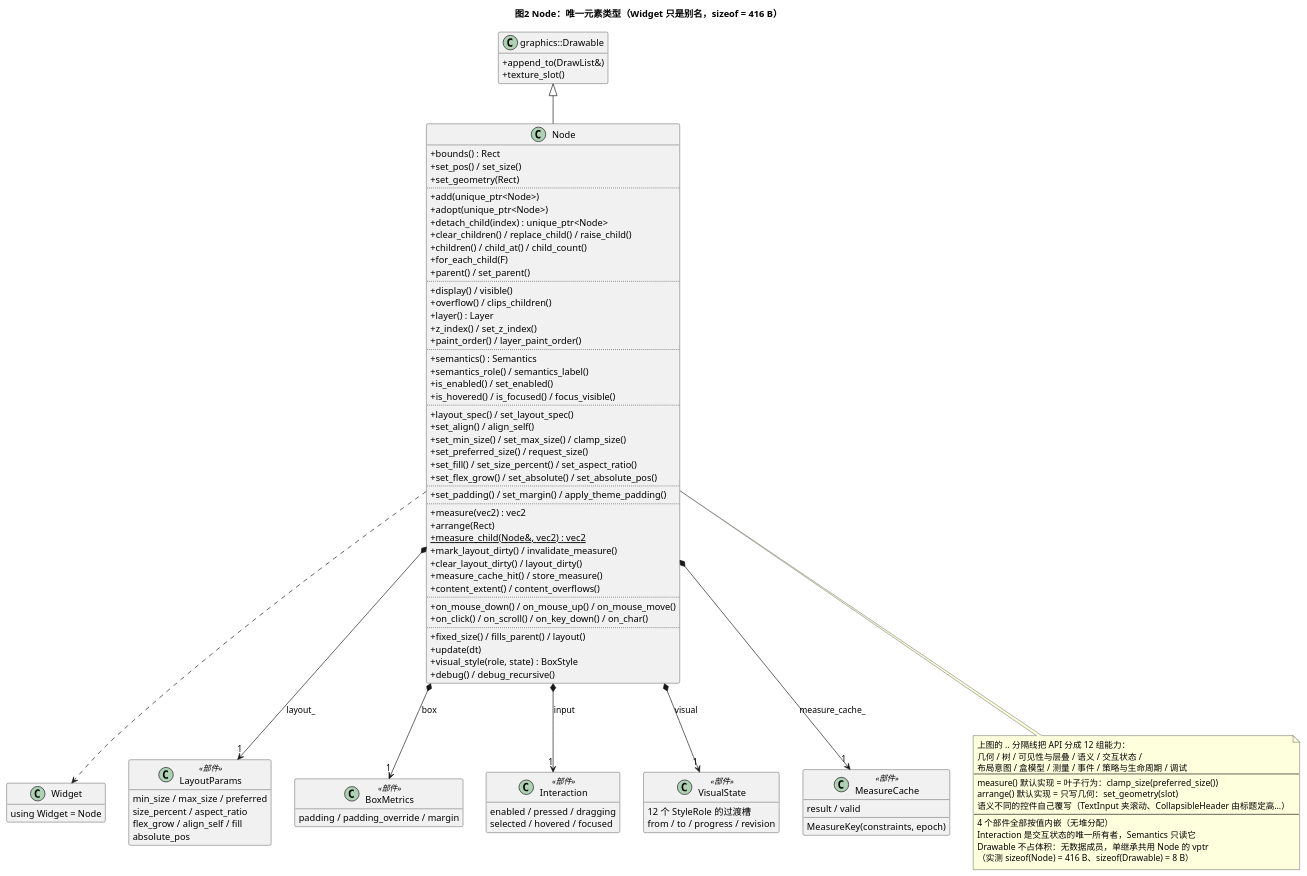
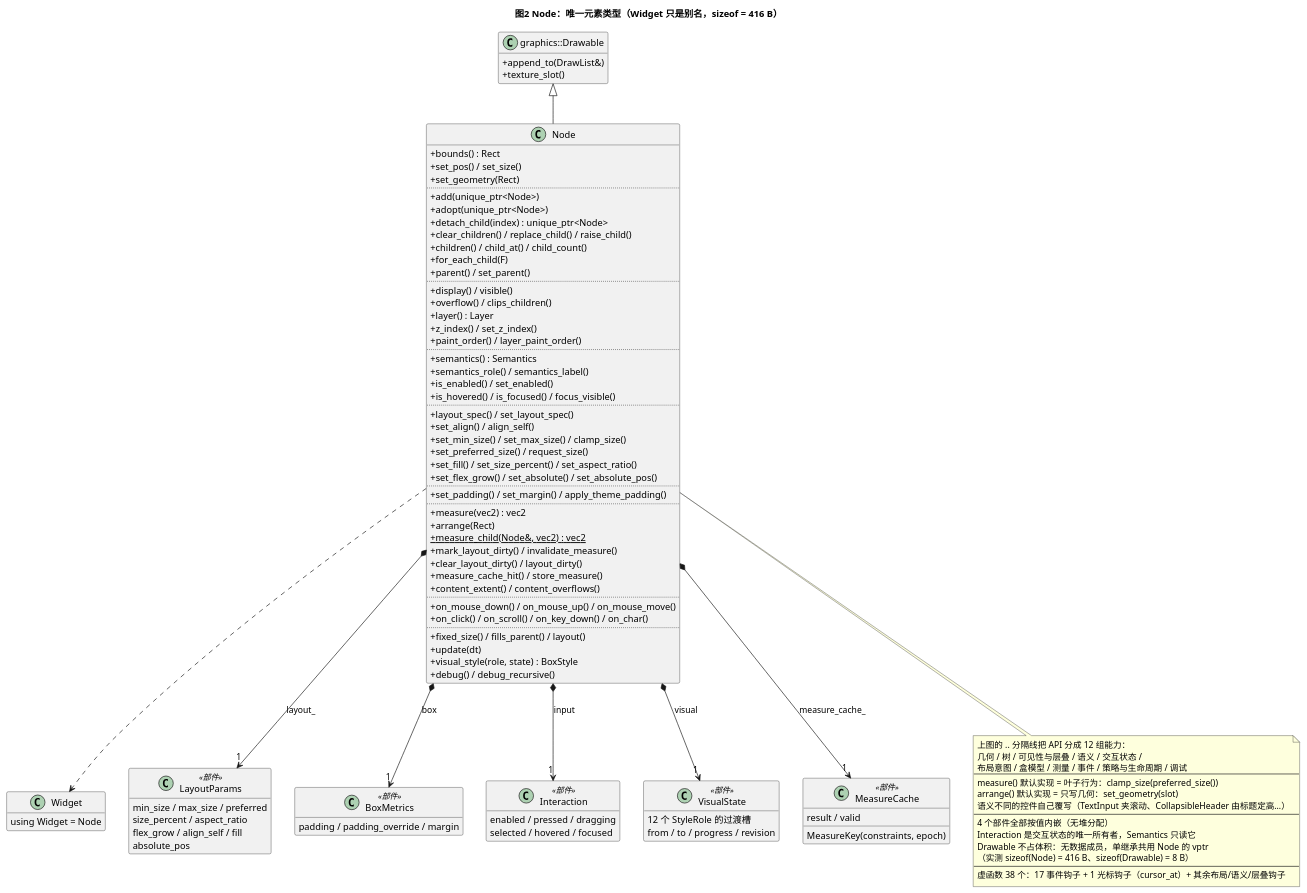
Before and after one commit to zxionf/cosine: the diagram in .design/uml/02-node.puml, drawn with PlantUML. The commit also changed 14 other files, not shown here.

```diff
--- a/.design/uml/02-node.puml
+++ b/.design/uml/02-node.puml
@@ -1,116 +1,118 @@
 @startuml
 title 图2 Node：唯一元素类型（Widget 只是别名，sizeof = 416 B）
 
 skinparam defaultFontName "Microsoft YaHei"
 skinparam shadowing false
 skinparam classAttributeIconSize 0
 hide empty members
 
 class "graphics::Drawable" as Drawable {
   + append_to(DrawList&)
   + texture_slot()
 }
 
 class Node {
   + bounds() : Rect
   + set_pos() / set_size()
   + set_geometry(Rect)
   ..
   + add(unique_ptr<Node>)
   + adopt(unique_ptr<Node>)
   + detach_child(index) : unique_ptr<Node>
   + clear_children() / replace_child() / raise_child()
   + children() / child_at() / child_count()
   + for_each_child(F)
   + parent() / set_parent()
   ..
   + display() / visible()
   + overflow() / clips_children()
   + layer() : Layer
   + z_index() / set_z_index()
   + paint_order() / layer_paint_order()
   ..
   + semantics() : Semantics
   + semantics_role() / semantics_label()
   + is_enabled() / set_enabled()
   + is_hovered() / is_focused() / focus_visible()
   ..
   + layout_spec() / set_layout_spec()
   + set_align() / align_self()
   + set_min_size() / set_max_size() / clamp_size()
   + set_preferred_size() / request_size()
   + set_fill() / set_size_percent() / set_aspect_ratio()
   + set_flex_grow() / set_absolute() / set_absolute_pos()
   ..
   + set_padding() / set_margin() / apply_theme_padding()
   ..
   + measure(vec2) : vec2
   + arrange(Rect)
   {static} + measure_child(Node&, vec2) : vec2
   + mark_layout_dirty() / invalidate_measure()
   + clear_layout_dirty() / layout_dirty()
   + measure_cache_hit() / store_measure()
   + content_extent() / content_overflows()
   ..
   + on_mouse_down() / on_mouse_up() / on_mouse_move()
   + on_click() / on_scroll() / on_key_down() / on_char()
   ..
   + fixed_size() / fills_parent() / layout()
   + update(dt)
   + visual_style(role, state) : BoxStyle
   + debug() / debug_recursive()
 }
 
 class "Widget" as Alias {
   using Widget = Node
 }
 
 class LayoutParams <<部件>> {
   min_size / max_size / preferred
   size_percent / aspect_ratio
   flex_grow / align_self / fill
   absolute_pos
 }
 
 class BoxMetrics <<部件>> {
   padding / padding_override / margin
 }
 
 class Interaction <<部件>> {
   enabled / pressed / dragging
   selected / hovered / focused
 }
 
 class VisualState <<部件>> {
   12 个 StyleRole 的过渡槽
   from / to / progress / revision
 }
 
 class MeasureCache <<部件>> {
   MeasureKey(constraints, epoch)
   result / valid
 }
 
 Drawable <|-- Node
 Node *--> "1" LayoutParams : layout_
 Node *--> "1" BoxMetrics : box
 Node *--> "1" Interaction : input
 Node *--> "1" VisualState : visual
 Node *--> "1" MeasureCache : measure_cache_
 Node ..> Alias
 
 note bottom of Node
   上图的 .. 分隔线把 API 分成 12 组能力：
   几何 / 树 / 可见性与层叠 / 语义 / 交互状态 /
   布局意图 / 盒模型 / 测量 / 事件 / 策略与生命周期 / 调试
   --
   measure() 默认实现 = 叶子行为：clamp_size(preferred_size())
   arrange() 默认实现 = 只写几何：set_geometry(slot)
   语义不同的控件自己覆写（TextInput 夹滚动、CollapsibleHeader 由标题定高…）
   --
   4 个部件全部按值内嵌（无堆分配）
   Interaction 是交互状态的唯一所有者，Semantics 只读它
   Drawable 不占体积：无数据成员，单继承共用 Node 的 vptr
   （实测 sizeof(Node) = 416 B、sizeof(Drawable) = 8 B）
+  --
+  虚函数 38 个：17 事件钩子 + 1 光标钩子（cursor_at）+ 其余布局/语义/层叠钩子
 end note
 @enduml
```
